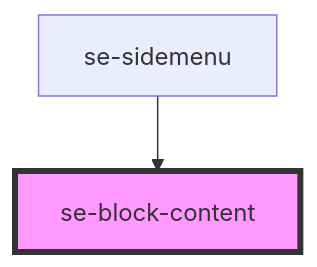
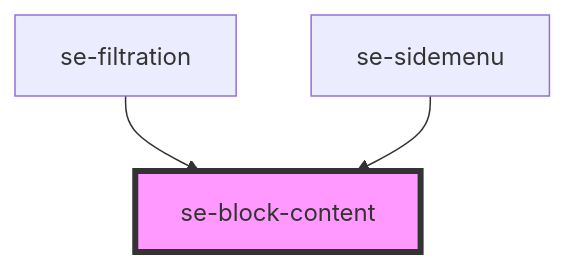
Before and after one commit to robbiemcmullense/se-web-ui: the diagram in libs/core/src/components/block-content/readme.md, drawn with Mermaid. The commit also changed other lines of this file and 11 other files, not shown here.

Commit message:
Filtration: Modified logic to display content.

````diff
--- a/libs/core/src/components/block-content/readme.md
+++ b/libs/core/src/components/block-content/readme.md
@@ -22,5 +23,6 @@
 ```mermaid
 graph TD;
+  se-filtration --> se-block-content
   se-sidemenu --> se-block-content
   style se-block-content fill:#f9f,stroke:#333,stroke-width:4px
 ```
````
